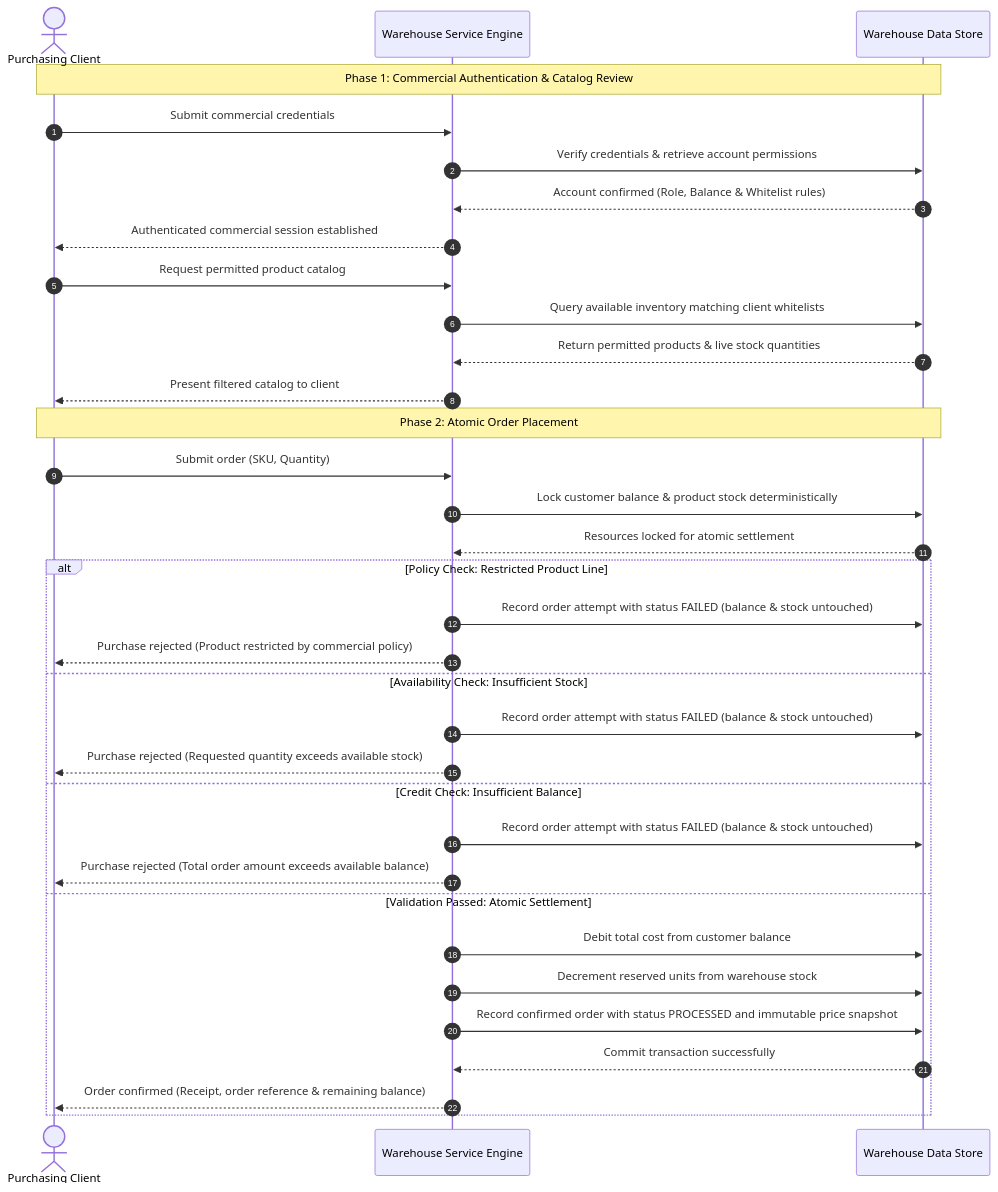
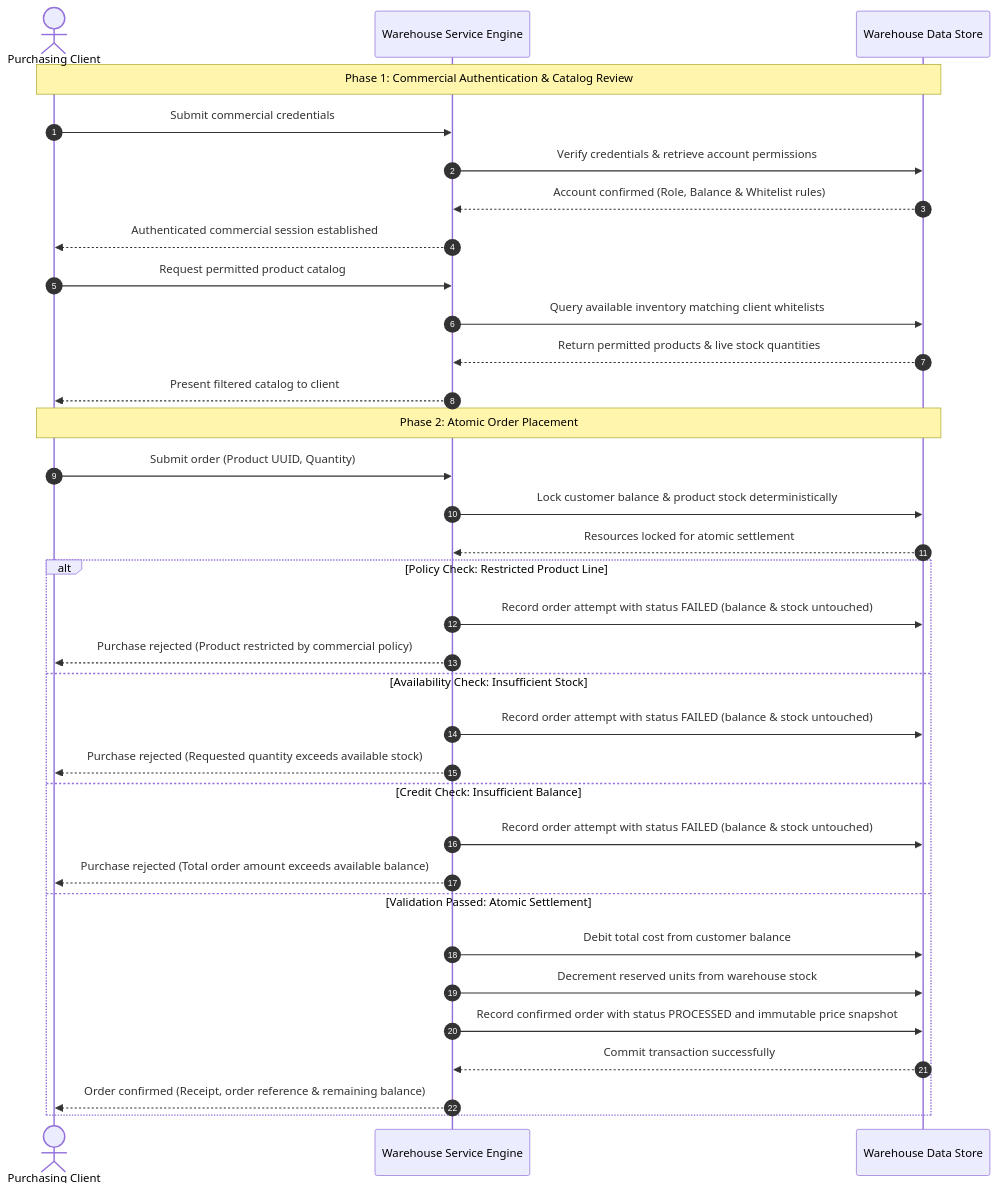
One commit to altregubov/warehouse-rest-test-app changed the third of 4 diagrams in specs/CLIENT_SPEC.md. Above: the diagram before and after it, drawn with Mermaid. The commit also changed other lines of this file and 2 other files, not shown here.

Commit message:
docs: replace SKU references with product UUID in specifications and tests

````diff
--- a/specs/CLIENT_SPEC.md
+++ b/specs/CLIENT_SPEC.md
@@ -168,41 +168,41 @@
 ```mermaid
 sequenceDiagram
     autonumber
     actor Customer as Purchasing Client
     participant Service as Warehouse Service Engine
     participant Ledger as Warehouse Data Store
 
     Note over Customer,Ledger: Phase 1: Commercial Authentication & Catalog Review
     Customer->>Service: Submit commercial credentials
     Service->>Ledger: Verify credentials & retrieve account permissions
     Ledger-->>Service: Account confirmed (Role, Balance & Whitelist rules)
     Service-->>Customer: Authenticated commercial session established
 
     Customer->>Service: Request permitted product catalog
     Service->>Ledger: Query available inventory matching client whitelists
     Ledger-->>Service: Return permitted products & live stock quantities
     Service-->>Customer: Present filtered catalog to client
 
     Note over Customer,Ledger: Phase 2: Atomic Order Placement
-    Customer->>Service: Submit order (SKU, Quantity)
+    Customer->>Service: Submit order (Product UUID, Quantity)
     
     Service->>Ledger: Lock customer balance & product stock deterministically
     Ledger-->>Service: Resources locked for atomic settlement
 
     alt Policy Check: Restricted Product Line
         Service->>Ledger: Record order attempt with status FAILED (balance & stock untouched)
         Service-->>Customer: Purchase rejected (Product restricted by commercial policy)
     else Availability Check: Insufficient Stock
         Service->>Ledger: Record order attempt with status FAILED (balance & stock untouched)
         Service-->>Customer: Purchase rejected (Requested quantity exceeds available stock)
     else Credit Check: Insufficient Balance
         Service->>Ledger: Record order attempt with status FAILED (balance & stock untouched)
         Service-->>Customer: Purchase rejected (Total order amount exceeds available balance)
     else Validation Passed: Atomic Settlement
         Service->>Ledger: Debit total cost from customer balance
         Service->>Ledger: Decrement reserved units from warehouse stock
         Service->>Ledger: Record confirmed order with status PROCESSED and immutable price snapshot
         Ledger-->>Service: Commit transaction successfully
         Service-->>Customer: Order confirmed (Receipt, order reference & remaining balance)
     end
 ```
````
